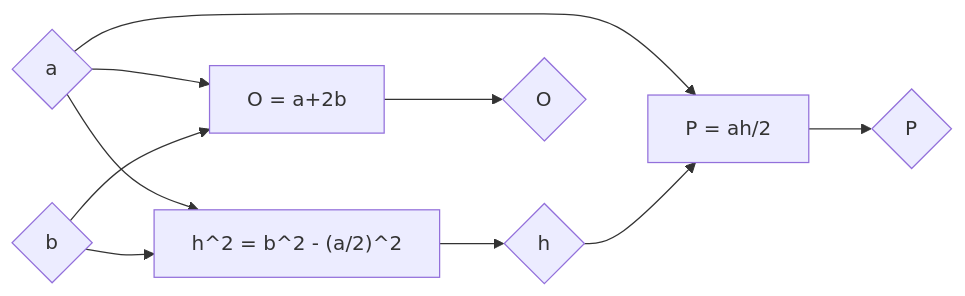
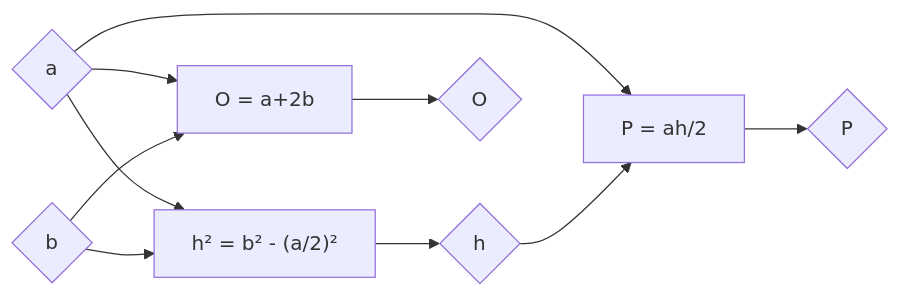
One commit to ndjapic/mat7-2024 changed the diagram in 02-pitagora/primena/trougao/02-jednakokraki.md. Above: the diagram before and after it, drawn with Mermaid.

````diff
--- a/02-pitagora/primena/trougao/02-jednakokraki.md
+++ b/02-pitagora/primena/trougao/02-jednakokraki.md
@@ -8,12 +8,12 @@
 ```mermaid
 graph LR;
-    PT["h^2 = b^2 - (a/2)^2"] --> H{h};
+    PT["h² = b² - (a/2)²"] --> H{h};
     A{a} --> PT;
     B{b} --> PT;
     FO[O = a+2b] --> O{O};
     A --> FO;
     B --> FO;
     FP[P = ah/2] --> P{P};
     A --> FP;
     H --> FP;
 ```
````
